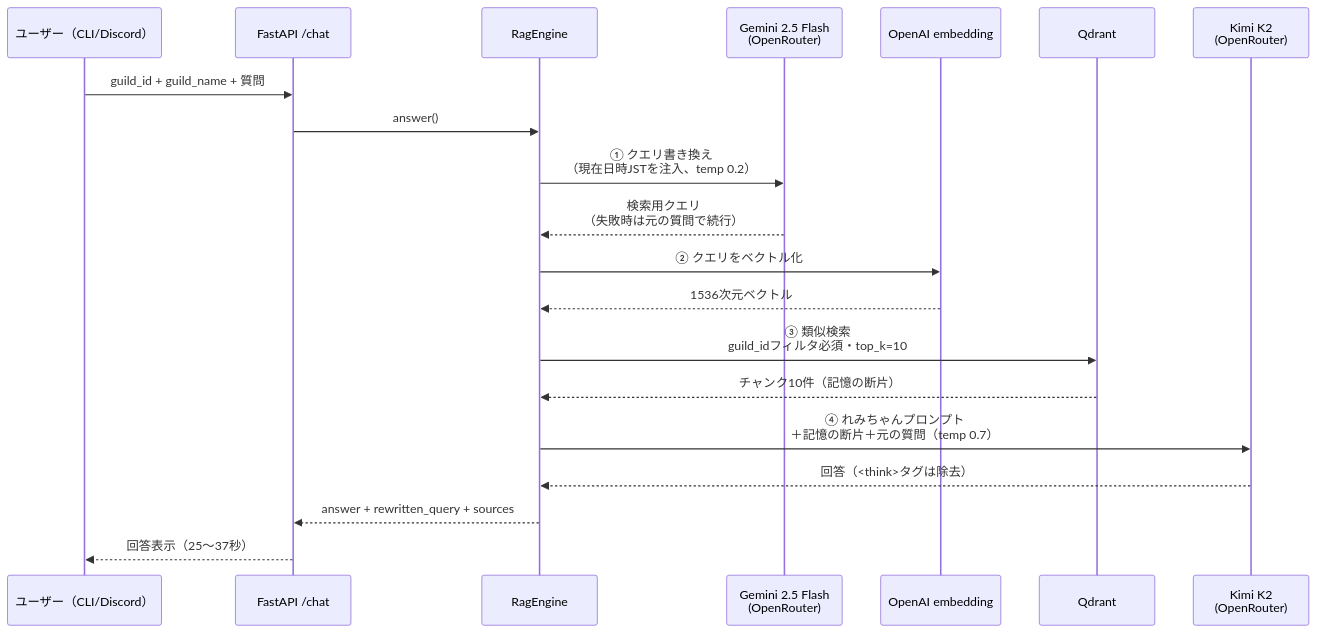
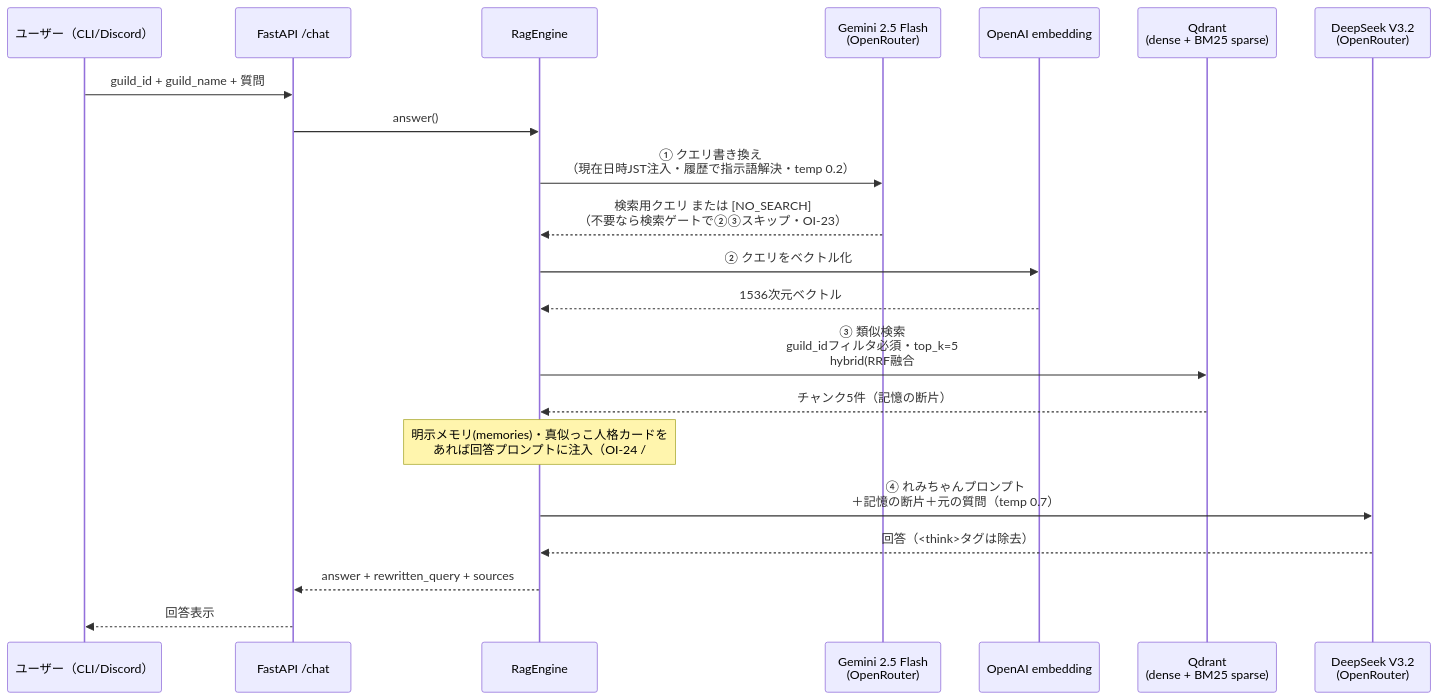
The fourth of 4 diagrams in docs/DIAGRAMS.md (aigamoid/remember), drawn with Mermaid before and after one commit. The commit also changed other lines of this file, not shown here.

Commit message:
docs(diagrams): 回答図をDeepSeek V3.2へ・hybrid/recency等反映＋remember表記
回答シーケンス図を Kimi K2 → DeepSeek V3.2 に修正。top_k 10→5、
hybrid(#54)/recency(#55)/rerank/検索ゲート/メモリ/真似っこを図に反映。
冒頭の製品名表記を remember（旧称: waiwai-oracle）に変更。

````diff
--- a/docs/DIAGRAMS.md
+++ b/docs/DIAGRAMS.md
@@ -100,23 +101,24 @@
 ```mermaid
 sequenceDiagram
     participant U as ユーザー（CLI/Discord）
     participant A as FastAPI /chat
     participant E as RagEngine
     participant G as Gemini 2.5 Flash<br>(OpenRouter)
     participant O as OpenAI embedding
-    participant Q as Qdrant
-    participant K as Kimi K2<br>(OpenRouter)
+    participant Q as Qdrant<br>(dense + BM25 sparse)
+    participant D as DeepSeek V3.2<br>(OpenRouter)
 
     U->>A: guild_id + guild_name + 質問
     A->>E: answer()
-    E->>G: ① クエリ書き換え<br>（現在日時JSTを注入、temp 0.2）
-    G-->>E: 検索用クエリ<br>（失敗時は元の質問で続行）
+    E->>G: ① クエリ書き換え<br>（現在日時JST注入・履歴で指示語解決・temp 0.2）
+    G-->>E: 検索用クエリ または [NO_SEARCH]<br>（不要なら検索ゲートで②③スキップ・OI-23）
     E->>O: ② クエリをベクトル化
     O-->>E: 1536次元ベクトル
-    E->>Q: ③ 類似検索<br>guild_idフィルタ必須・top_k=10
-    Q-->>E: チャンク10件（記憶の断片）
-    E->>K: ④ れみちゃんプロンプト<br>＋記憶の断片＋元の質問（temp 0.7）
-    K-->>E: 回答（<think>タグは除去）
+    E->>Q: ③ 類似検索<br>guild_idフィルタ必須・top_k=5<br>hybrid(RRF融合#54)/recency減衰(#55)/rerank(任意)
+    Q-->>E: チャンク5件（記憶の断片）
+    Note over E: 明示メモリ(memories)・真似っこ人格カードを<br>あれば回答プロンプトに注入（OI-24 / #49）
+    E->>D: ④ れみちゃんプロンプト<br>＋記憶の断片＋元の質問（temp 0.7）
+    D-->>E: 回答（<think>タグは除去）
     E-->>A: answer + rewritten_query + sources
-    A-->>U: 回答表示（25〜37秒）
+    A-->>U: 回答表示
 ```
````
